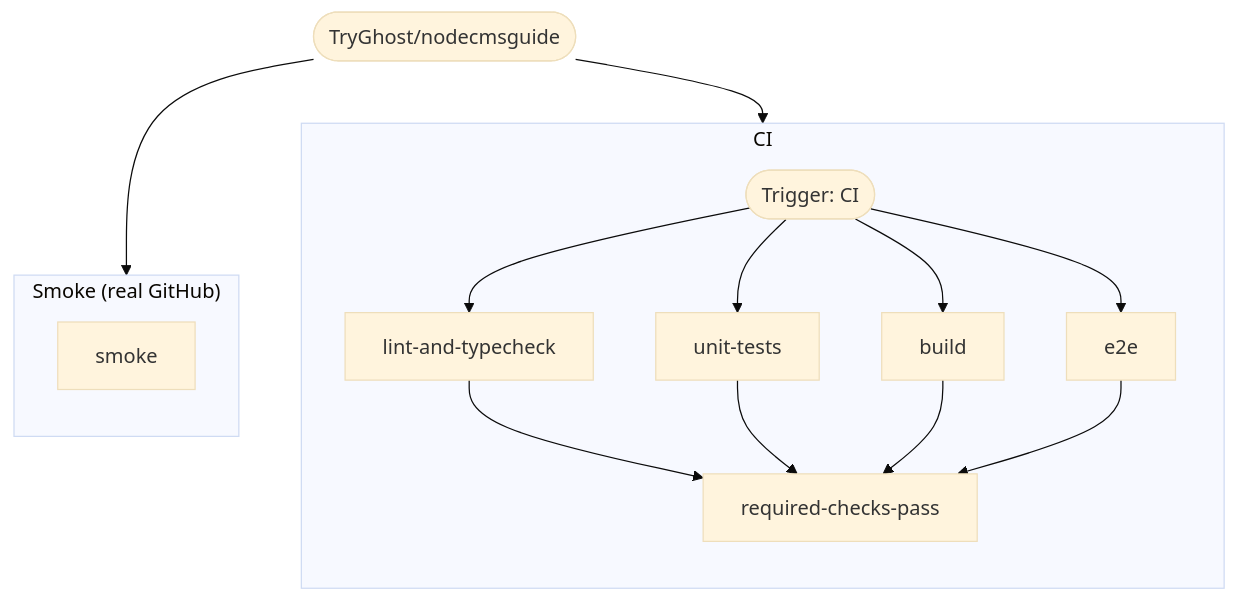
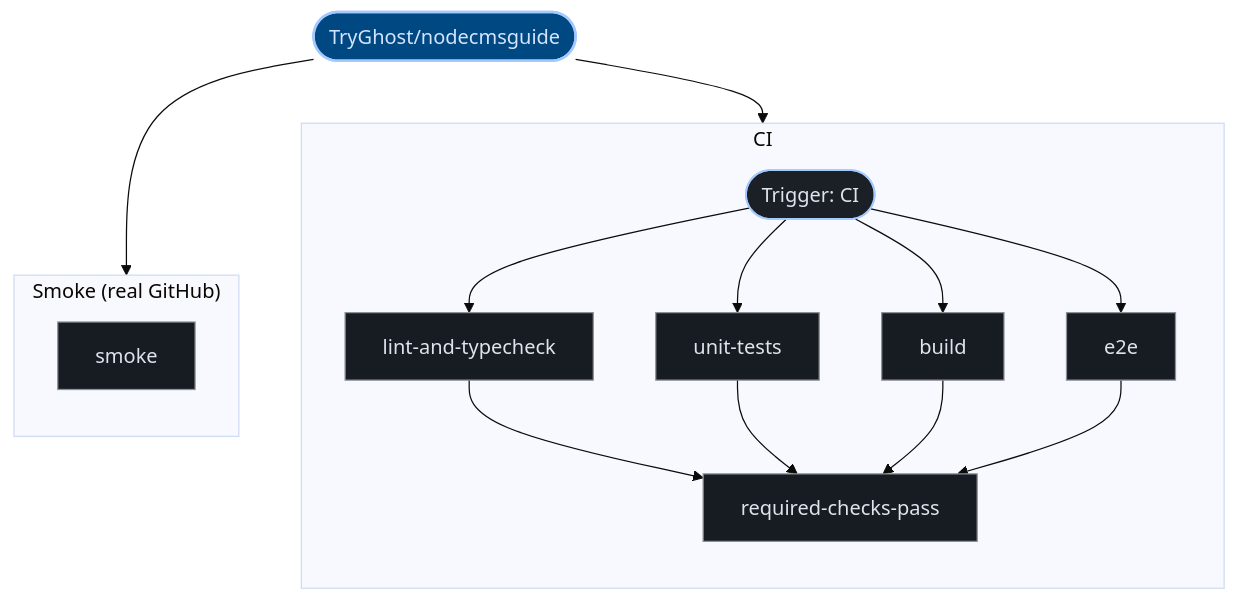
Before and after one commit to kumarshaz/atruss-code-atlas: the second of 2 diagrams in exports/latest/reports/TryGhost-nodecmsguide-report.md, drawn with Mermaid (base theme). The commit also changed other lines of this file and 331 other files, not shown here.

Commit message:
docs,ui,fix: update SDLC docs, reorder CI/CD DAG first, stylize Mermaid, and fix Arc42 pipeline topology

````diff
--- a/exports/latest/reports/TryGhost-nodecmsguide-report.md
+++ b/exports/latest/reports/TryGhost-nodecmsguide-report.md
@@ -114,27 +121,34 @@
 ```mermaid
 graph TD;
-  pipeline_root(["TryGhost/nodecmsguide"])
+  classDef atlasRoot fill:#004882,stroke:#a3c9ff,stroke-width:2px,color:#d3e4ff
+  classDef atlasCategory fill:#212428,stroke:#E87A48,stroke-width:1.5px,color:#dfe3eb
+  classDef atlasWorkflow fill:#1b2026,stroke:#a3c9ff,stroke-width:1.5px,color:#dfe3eb
+  classDef atlasJob fill:#171c22,stroke:#8d9199,stroke-width:1px,color:#dfe3eb
+  classDef atlasTarget fill:#005227,stroke:#8bd99b,stroke-width:1.5px,color:#a7f6b6
+  classDef atlasAlert fill:#93000a,stroke:#ffb4ab,stroke-width:1.5px,color:#ffdad6
+  classDef atlasMore fill:#252a31,stroke:#8d9199,stroke-dasharray:4 4,color:#c3c6cf
+  pipeline_root(["TryGhost/nodecmsguide"]):::atlasRoot
   subgraph CI_0["CI"]
     direction TB
-    0_lint_and_typecheck["lint-and-typecheck"]
-    0_unit_tests["unit-tests"]
-    0_build["build"]
-    0_e2e["e2e"]
-    0_required_checks_pass["required-checks-pass"]
+    0_lint_and_typecheck["lint-and-typecheck"]:::atlasJob
+    0_unit_tests["unit-tests"]:::atlasJob
+    0_build["build"]:::atlasJob
+    0_e2e["e2e"]:::atlasJob
+    0_required_checks_pass["required-checks-pass"]:::atlasJob
     0_lint_and_typecheck --> 0_required_checks_pass
     0_unit_tests --> 0_required_checks_pass
     0_build --> 0_required_checks_pass
     0_e2e --> 0_required_checks_pass
-    wf_entry_0(["Trigger: CI"])
+    wf_entry_0(["Trigger: CI"]):::atlasWorkflow
     wf_entry_0 --> 0_lint_and_typecheck
     wf_entry_0 --> 0_unit_tests
     wf_entry_0 --> 0_build
     wf_entry_0 --> 0_e2e
   end
   pipeline_root --> wf_entry_0
   subgraph Smoke__real_GitHub__1["Smoke (real GitHub)"]
     direction TB
-    1_smoke["smoke"]
+    1_smoke["smoke"]:::atlasJob
   end
   pipeline_root --> 1_smoke
 ```
````
